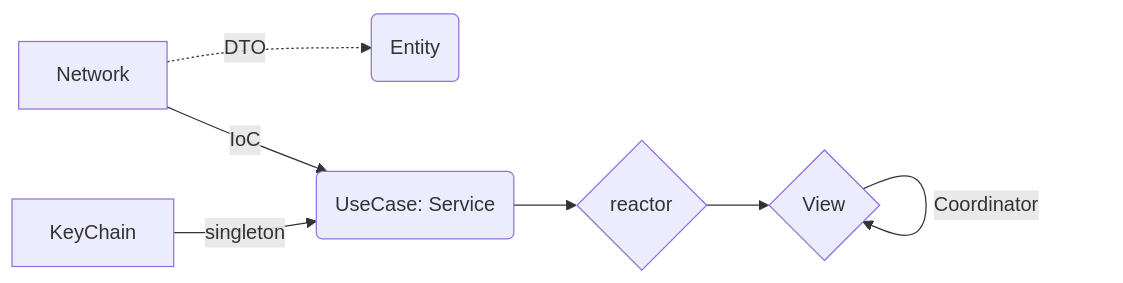
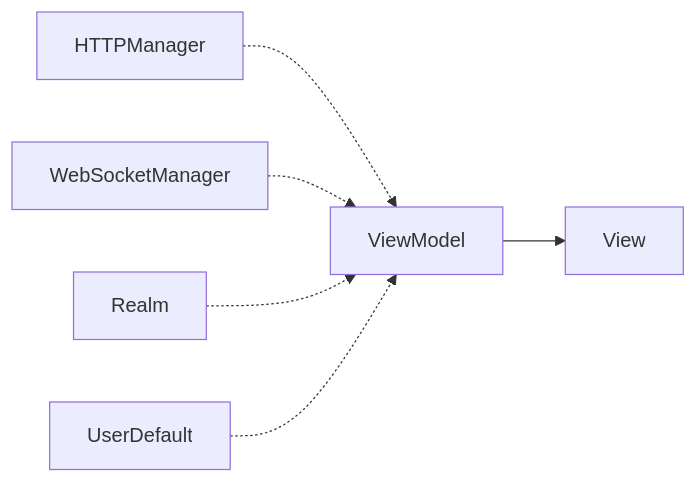
Before and after one commit to Bithumb-Tech-Camp/Bithumb-Project: the second of 2 diagrams in README.md, drawn with Mermaid. The commit also changed other lines of this file, not shown here.

````diff
--- a/README.md
+++ b/README.md
@@ -96,9 +241,8 @@
 ```mermaid
 graph LR
-    A[Network] -.->|DTO| B(Entity)
-    A -->|IoC| C(UseCase: Service)
-    D[KeyChain] -->|singleton| C
-    C --> E{reactor}
-    E --> F{View}
-    F -->|Coordinator| F
+    A[HTTPManager] -.-> C[ViewModel]
+    B[WebSocketManager] -.-> C
+    F[Realm] -.-> C
+    G[UserDefault] -.-> C
+    C --> D[View]
 ```
````
